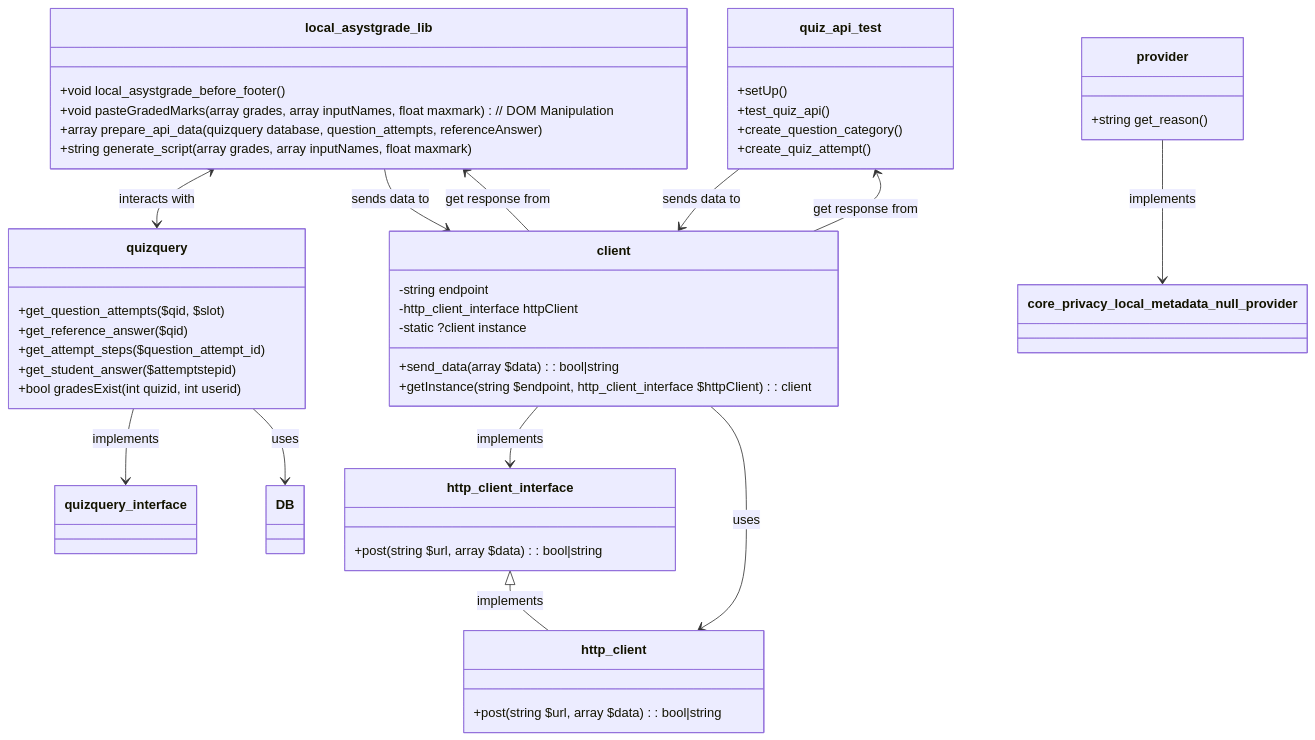
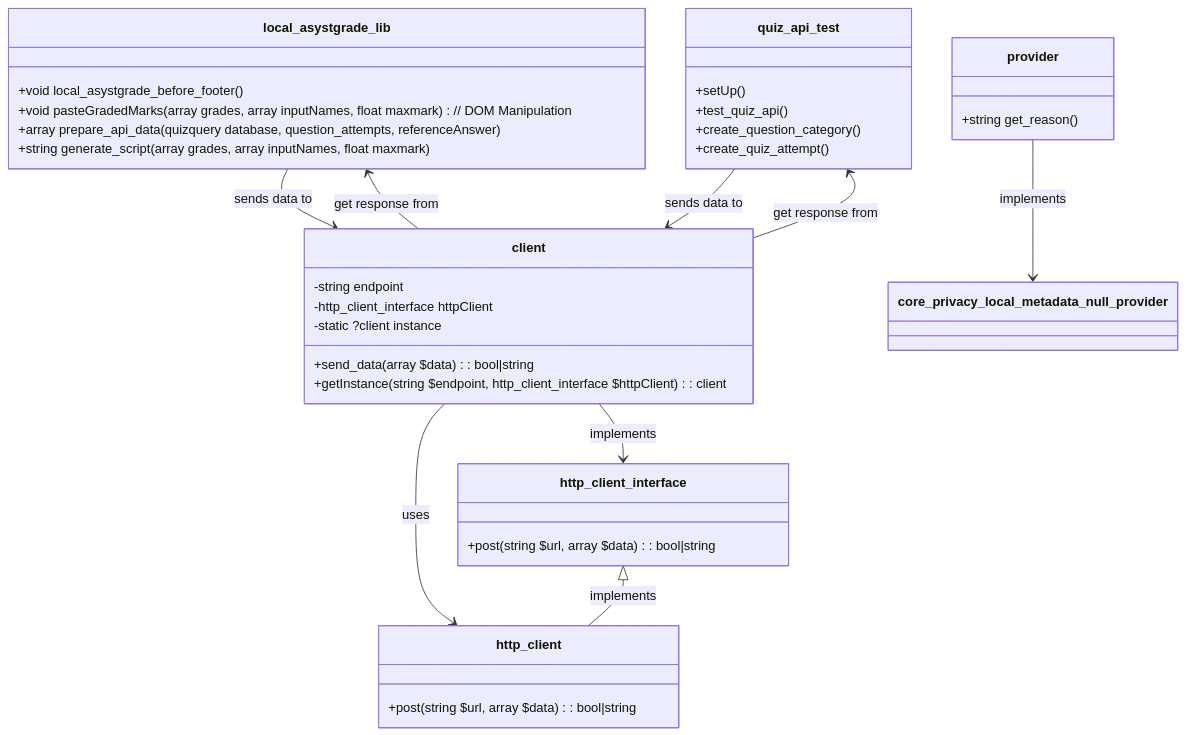
The third of 4 diagrams in readme.md (ArtemBaranovsky/asystgrade_moodleplugin), drawn with Mermaid before and after one commit. The commit also changed 2 other files, not shown here.

Commit message:
Final commit.

````diff
--- a/readme.md
+++ b/readme.md
@@ -64,60 +64,45 @@
 ```mermaid
 classDiagram
 class local_asystgrade_lib {
 +void local_asystgrade_before_footer()
 +void pasteGradedMarks(array grades, array inputNames, float maxmark) // DOM Manipulation
 +array prepare_api_data(quizquery database, question_attempts, referenceAnswer)
 +string generate_script(array grades, array inputNames, float maxmark)
-}
-
-class quizquery {
-+get_question_attempts($qid, $slot)
-+get_reference_answer($qid)
-+get_attempt_steps($question_attempt_id)
-+get_student_answer($attemptstepid)
-+bool gradesExist(int quizid, int userid)
 }
 
 class client {
 +send_data(array $data): bool|string
 +getInstance(string $endpoint, http_client_interface $httpClient): client
 -string endpoint
 -http_client_interface httpClient
 -static ?client instance
 }
 
 class http_client {
 +post(string $url, array $data): bool|string
 }
 
 class http_client_interface {
 +post(string $url, array $data): bool|string
 }
 
 class provider {
 +string get_reason()
 }
 
-class DB {
-    
-}
-
-local_asystgrade_lib <--> quizquery : interacts with
 local_asystgrade_lib --> client : sends data to
 local_asystgrade_lib <-- client : get response from
 client --> http_client_interface : implements
 client --> http_client : uses
 http_client_interface <|-- http_client : implements
-quizquery --> quizquery_interface : implements
-quizquery --> DB : uses
 provider --> core_privacy_local_metadata_null_provider : implements
 
 quiz_api_test --> client : sends data to
 quiz_api_test <-- client : get response from
 class quiz_api_test {
 +setUp()
 +test_quiz_api()
 +create_question_category()
 +create_quiz_attempt()
 }
 ```
````
